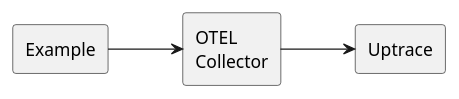
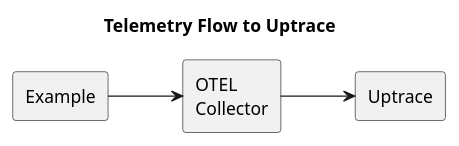
The diagram in docs/diagrams/uptrace.puml (yolkhovyy/go-otelw), drawn with PlantUML before and after one commit. The commit also changed 11 other files, not shown here.

Commit message:
Update diagrams

```diff
--- a/docs/diagrams/uptrace.puml
+++ b/docs/diagrams/uptrace.puml
@@ -1,11 +1,12 @@
 @startuml uptrace
+title Telemetry Flow to Uptrace
 left to right direction
 
 agent Example as EX
 agent "OTEL\nCollector" as OC
 agent Uptrace
 
 EX --> OC
 OC --> Uptrace
 
 @enduml
```
